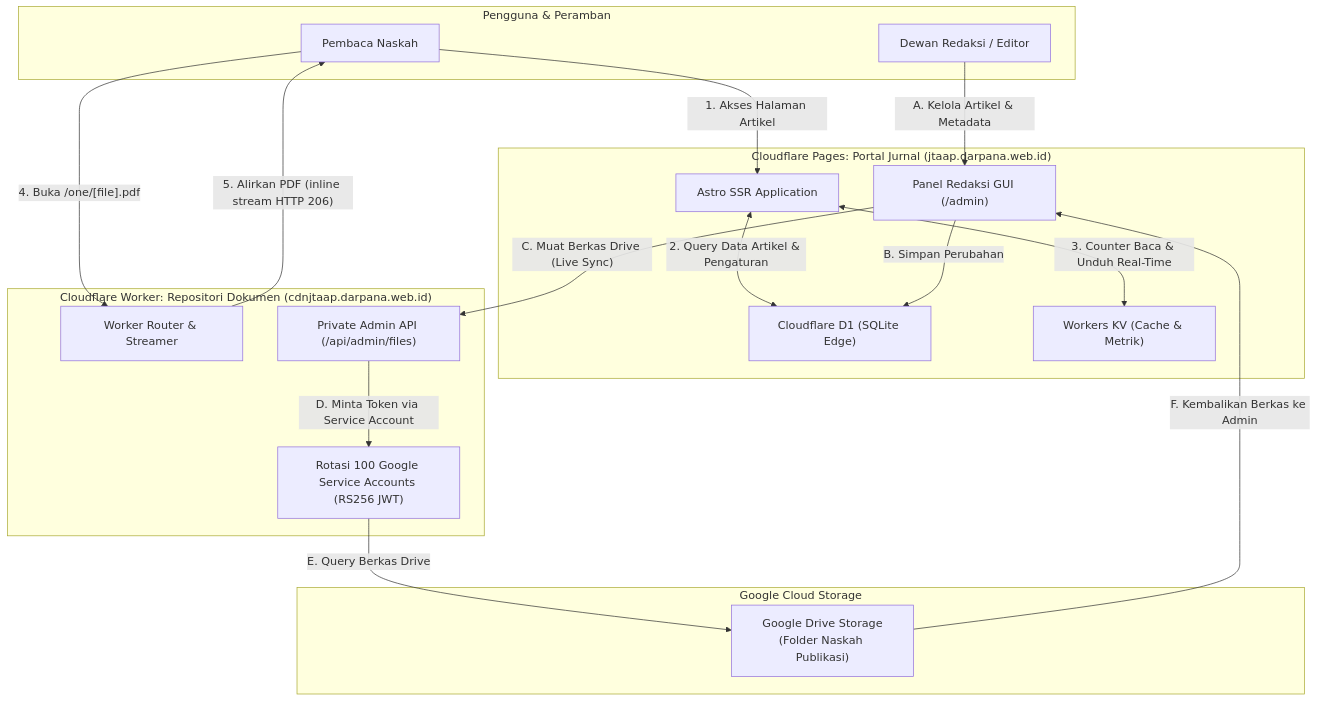
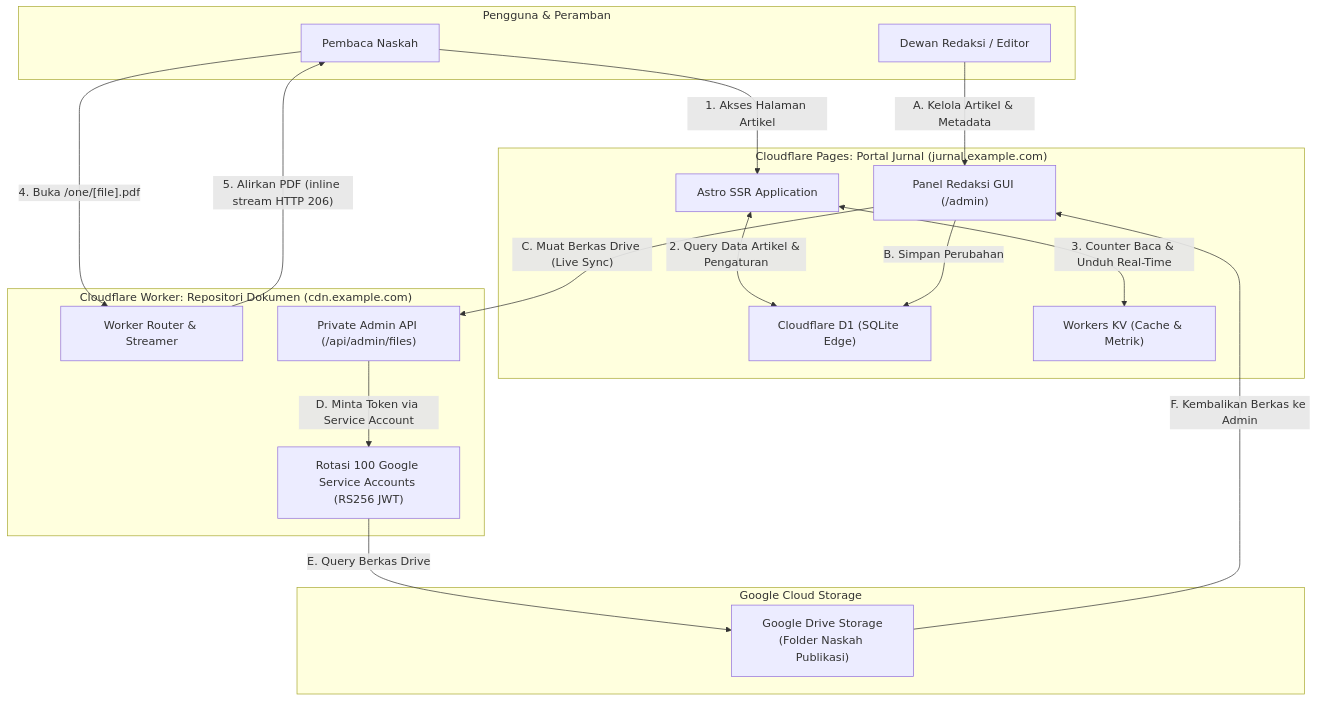
One commit to sonhak-18/Serverless-Open-Journal-System changed the first of 2 diagrams in README.md. Above: the diagram before and after it, drawn with Mermaid. The commit also changed other lines of this file and 11 other files, not shown here.

Commit message:
docs: sanitize repository for public release, add full cdn & service account guides, and clean up build artifacts

````diff
--- a/README.md
+++ b/README.md
@@ -11,37 +11,37 @@
 ```mermaid
 flowchart TD
     subgraph Client["Pengguna & Peramban"]
         Visitor["Pembaca Naskah"]
         Admin["Dewan Redaksi / Editor"]
     end
 
-    subgraph CloudflarePages["Cloudflare Pages: Portal Jurnal (jtaap.darpana.web.id)"]
+    subgraph CloudflarePages["Cloudflare Pages: Portal Jurnal (jurnal.example.com)"]
         AstroApp["Astro SSR Application"]
         D1DB["Cloudflare D1 (SQLite Edge)"]
         KVStore["Workers KV (Cache & Metrik)"]
         AdminGUI["Panel Redaksi GUI (/admin)"]
     end
 
-    subgraph RepositoryCDN["Cloudflare Worker: Repositori Dokumen (cdnjtaap.darpana.web.id)"]
+    subgraph RepositoryCDN["Cloudflare Worker: Repositori Dokumen (cdn.example.com)"]
         WorkerRouter["Worker Router & Streamer"]
         AdminAPI["Private Admin API (/api/admin/files)"]
         SARotation["Rotasi 100 Google Service Accounts (RS256 JWT)"]
     end
 
     subgraph GoogleDrive["Google Cloud Storage"]
         DriveFolder["Google Drive Storage<br/>(Folder Naskah Publikasi)"]
     end
 
     Visitor -->|"1. Akses Halaman Artikel"| AstroApp
     AstroApp <-->|"2. Query Data Artikel & Pengaturan"| D1DB
     AstroApp <-->|"3. Counter Baca & Unduh Real-Time"| KVStore
     Visitor -->|"4. Buka /one/[file].pdf"| WorkerRouter
     WorkerRouter -->|"5. Alirkan PDF (inline stream HTTP 206)"| Visitor
 
     Admin -->|"A. Kelola Artikel & Metadata"| AdminGUI
     AdminGUI -->|"B. Simpan Perubahan"| D1DB
     AdminGUI -->|"C. Muat Berkas Drive (Live Sync)"| AdminAPI
     AdminAPI -->|"D. Minta Token via Service Account"| SARotation
     SARotation -->|"E. Query Berkas Drive"| DriveFolder
     DriveFolder -->|"F. Kembalikan Berkas ke Admin"| AdminGUI
 ```
````
